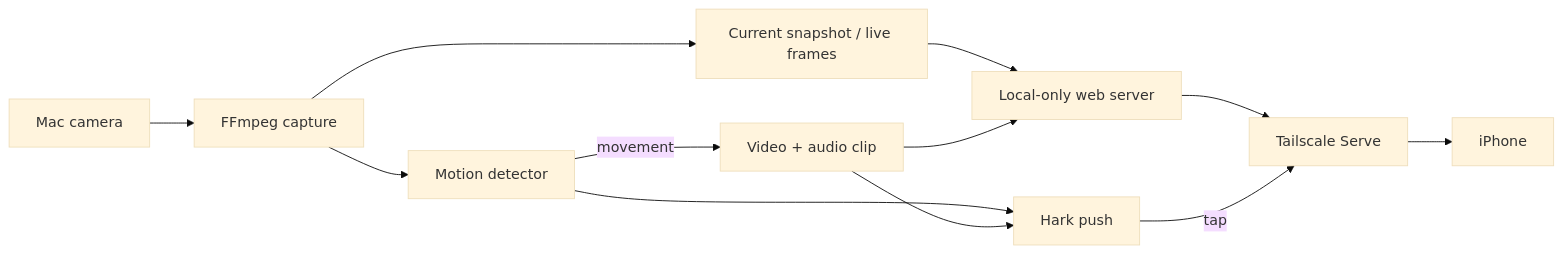
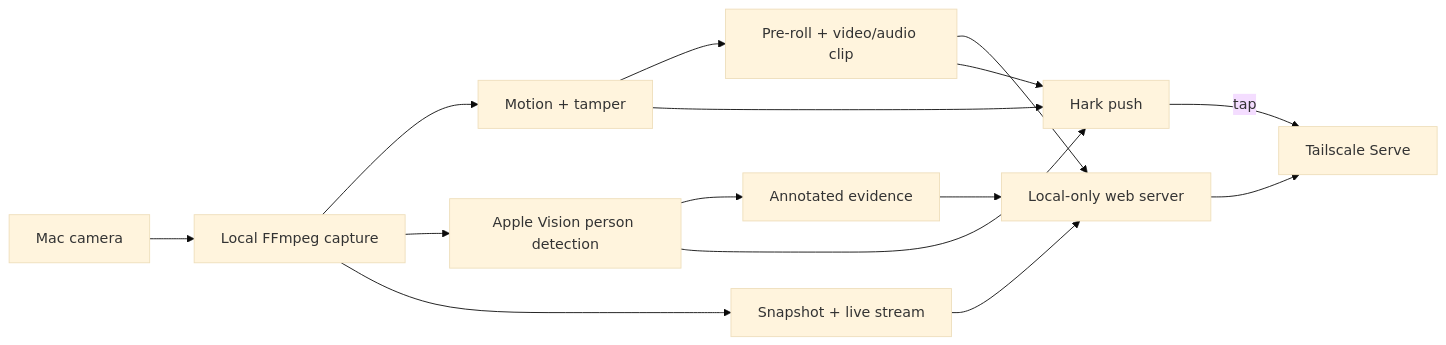
Before and after one commit to alecsiemerink/watchdog: the diagram in README.md, drawn with Mermaid (base theme). The commit also changed other lines of this file and 26 other files, not shown here.

````diff
--- a/README.md
+++ b/README.md
@@ -22,14 +23,17 @@
 ```mermaid
 flowchart LR
-    C[Mac camera] --> F[FFmpeg capture]
-    F --> M[Motion detector]
-    M -->|movement| R[Video + audio clip]
-    F --> S[Current snapshot / live frames]
-    S --> L[Local-only web server]
-    R --> L
+    C[Mac camera] --> F[Local FFmpeg capture]
+    F --> M[Motion + tamper]
+    F --> V[Apple Vision person detection]
+    M --> R[Pre-roll + video/audio clip]
+    F --> S[Snapshot + live stream]
+    V --> E[Annotated evidence]
+    R --> L[Local-only web server]
+    S --> L
+    E --> L
     L --> T[Tailscale Serve]
-    T --> P[iPhone]
     M --> H[Hark push]
+    V --> H
     R --> H
     H -->|tap| T
 ```
````
